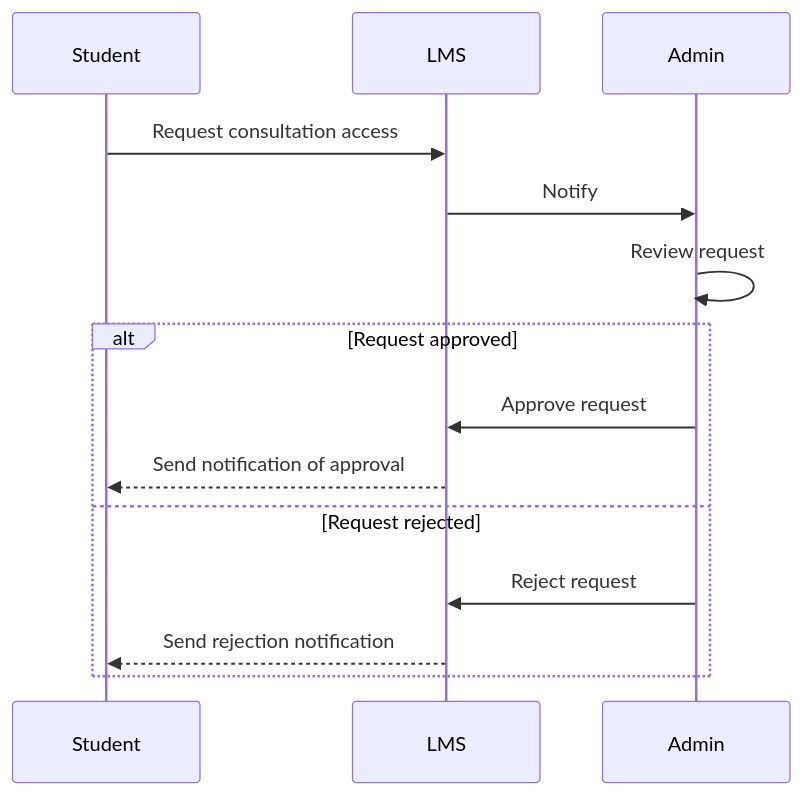
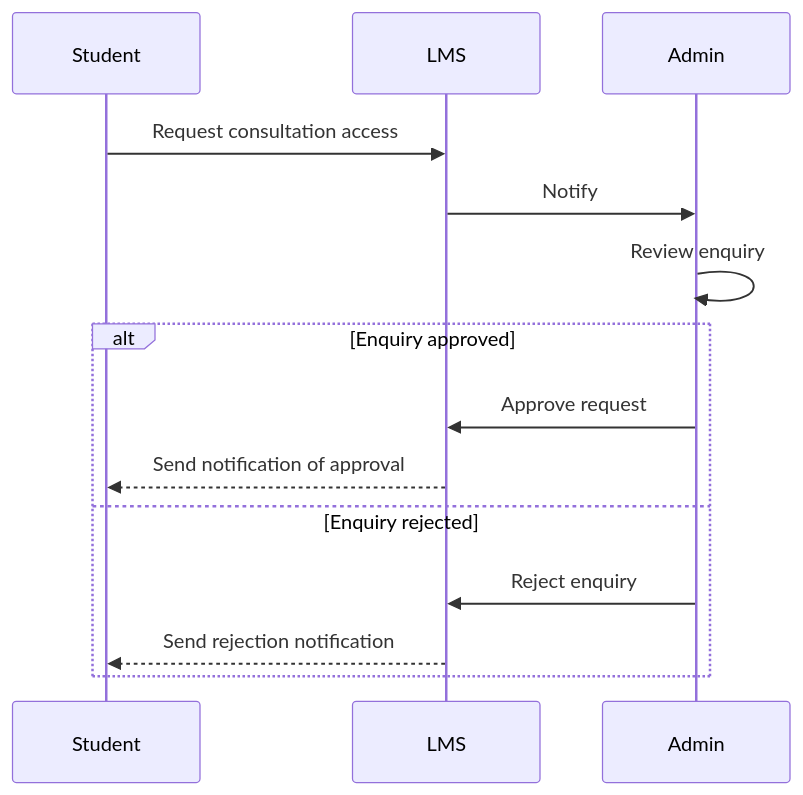
Before and after one commit to EscolaLMS/Consultation-Access: the diagram in README.md, drawn with Mermaid. The commit also changed other lines of this file and 3 other files, not shown here.

````diff
--- a/README.md
+++ b/README.md
@@ -41,19 +43,19 @@
 ```mermaid
 
 sequenceDiagram
     participant Student
     participant LMS
     participant Admin
 
     Student->>LMS: Request consultation access
     LMS->>Admin: Notify
-    Admin->>Admin: Review request
-    alt Request approved
+    Admin->>Admin: Review enquiry
+    alt Enquiry approved
         Admin->>LMS: Approve request
         LMS -->> Student: Send notification of approval
-    else Request rejected
-        Admin->>LMS: Reject request
+    else Enquiry rejected
+        Admin->>LMS: Reject enquiry
         LMS -->> Student: Send rejection notification
     end
     
 ```
````
